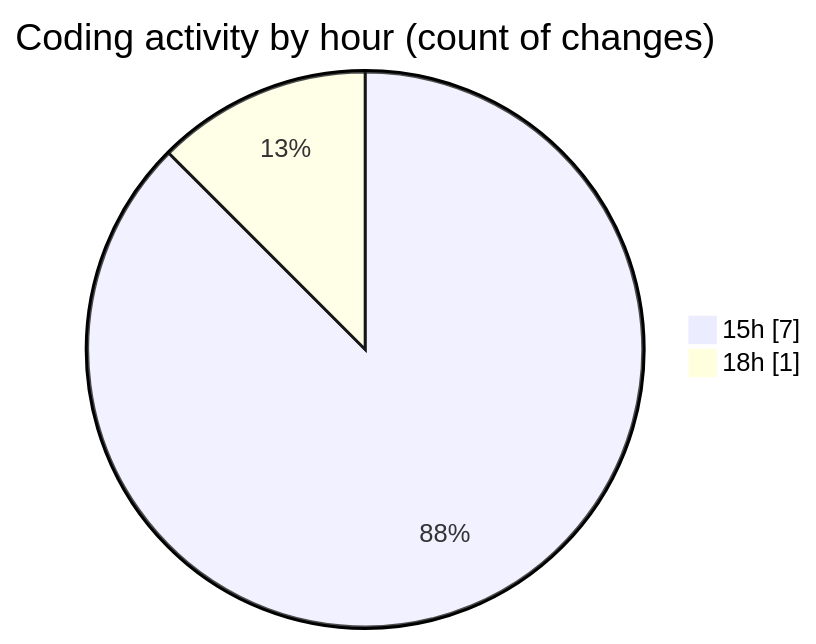
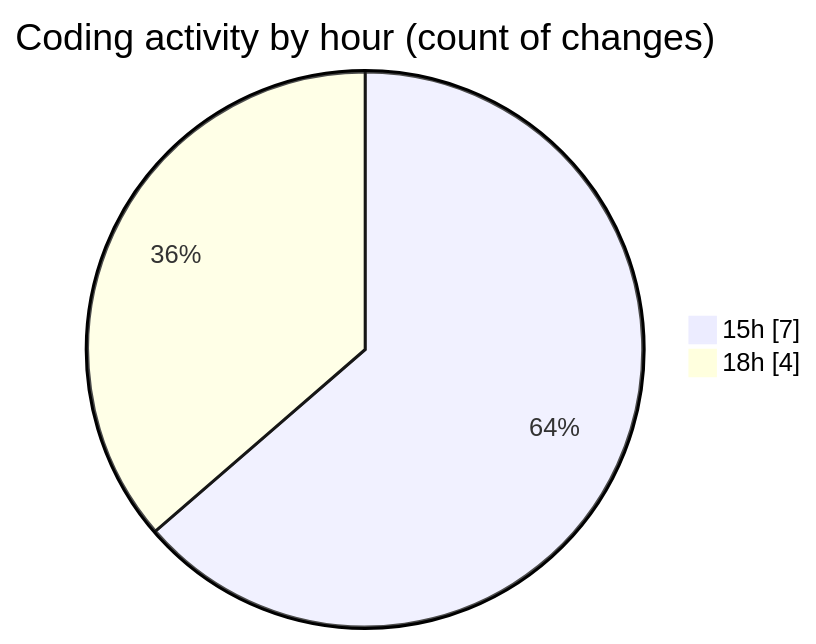
The second of 2 diagrams in 2025-02-08/maps_clone/README.md (donsfak/code-tracking), drawn with Mermaid before and after one commit. The commit also changed other lines of this file and 1 other file, not shown here.

````diff
--- a/2025-02-08/maps_clone/README.md
+++ b/2025-02-08/maps_clone/README.md
@@ -28,6 +28,6 @@
 ```mermaid
 pie showData
 title Coding activity by hour (count of changes)
 "15h" : 7
-"18h" : 1
+"18h" : 4
 ```
````
